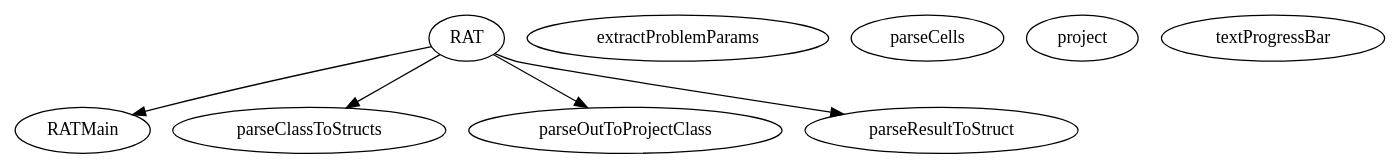
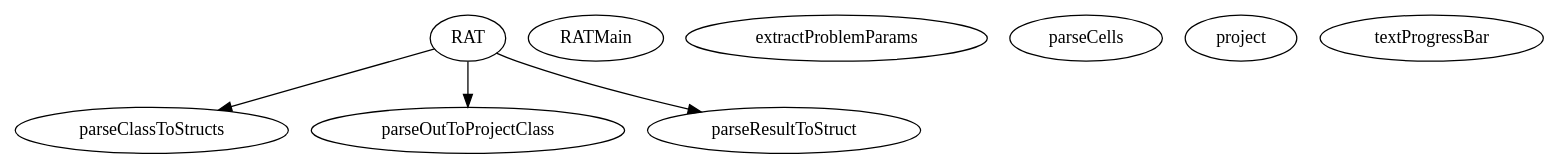
One commit to RascalSoftware/RAT changed the diagram in master/api_reference/API/graph.dot. Above: the diagram before and after it, drawn with Graphviz. The commit also changed 213 other files, not shown here.

```diff
--- a/master/api_reference/API/graph.dot
+++ b/master/api_reference/API/graph.dot
@@ -1,17 +1,16 @@
 /* Created by mdot for Matlab */
 digraph m2html {
-  RAT -> RATMain;
   RAT -> parseClassToStructs;
   RAT -> parseOutToProjectClass;
   RAT -> parseResultToStruct;
 
   RAT [URL="RAT.html"];
   RATMain [URL="RATMain.html"];
   extractProblemParams [URL="extractProblemParams.html"];
   parseCells [URL="parseCells.html"];
   parseClassToStructs [URL="parseClassToStructs.html"];
   parseOutToProjectClass [URL="parseOutToProjectClass.html"];
   parseResultToStruct [URL="parseResultToStruct.html"];
   project [URL="project.html"];
   textProgressBar [URL="textProgressBar.html"];
 }
```
